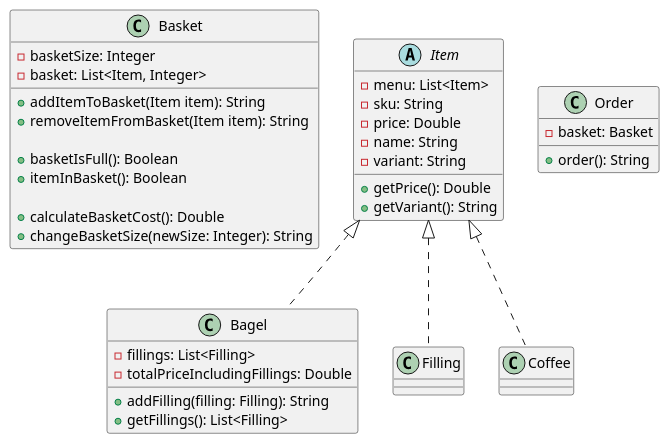
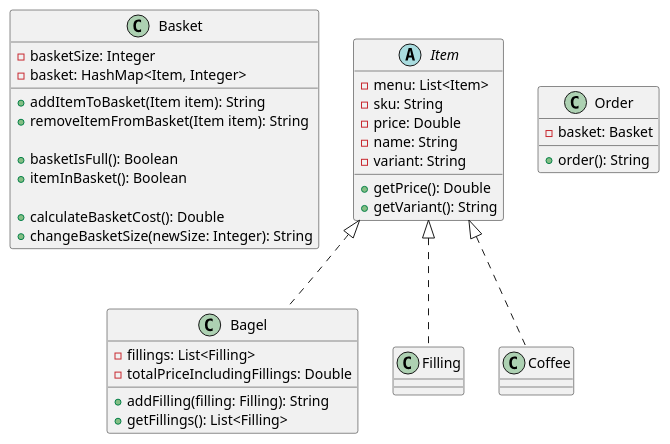
One commit to boolean-uk/java-tdd-oop-bobs-bagels changed the diagram in classDiagram.puml. Above: the diagram before and after it, drawn with PlantUML. The commit also changed 9 other files, not shown here.

Commit message:
Implemented fundamental variables and constructors based on domain model and class diagram. Created dummy function skeletons with dummy returns to facilitate auto complete when writing tests. Ready to begin test writing.

```diff
--- a/classDiagram.puml
+++ b/classDiagram.puml
@@ -1,46 +1,46 @@
 @startuml
 
 Class Basket {
     - basketSize: Integer
-    - basket: List<Item, Integer>
+    - basket: HashMap<Item, Integer>
 
     + addItemToBasket(Item item): String
     + removeItemFromBasket(Item item): String
 
     + basketIsFull(): Boolean
     + itemInBasket(): Boolean
 
     + calculateBasketCost(): Double
     + changeBasketSize(newSize: Integer): String
 }
 
 Abstract Class Item {
     - menu: List<Item>
     - sku: String
     - price: Double
     - name: String
     - variant: String
 
     + getPrice(): Double
     + getVariant(): String
 }
 
 Class Bagel Implements Item {
     - fillings: List<Filling>
     - totalPriceIncludingFillings: Double
     + addFilling(filling: Filling): String
     + getFillings(): List<Filling>
 }
 
 Class Filling Implements Item {
 }
 
 Class Coffee Implements Item {
 }
 
 Class Order {
     - basket: Basket
     + order(): String
 }
 
 @enduml
```
